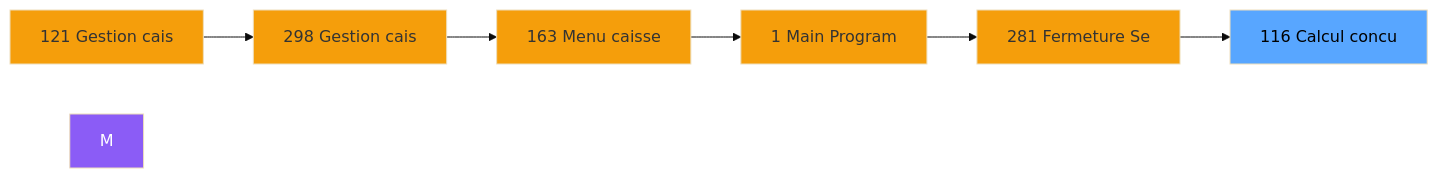
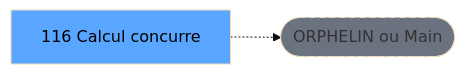
Before and after one commit to thonyAGP/lecteur-magic: the second of 3 diagrams in .openspec/specs/ADH-IDE-116.md, drawn with Mermaid (base theme). The commit also changed other lines of this file and 701 other files, not shown here.

````diff
--- a/.openspec/specs/ADH-IDE-116.md
+++ b/.openspec/specs/ADH-IDE-116.md
@@ -114,21 +117,8 @@
 ```mermaid
 graph LR
-    N121[121 Gestion cais]
-    N298[298 Gestion cais]
-    N163[163 Menu caisse ]
-    N1[1 Main Program]
-    N281[281 Fermeture Se]
-    T[116 Calcul concu]
-    N121 --> N298
-    N298 --> N163
-    N163 --> N1
-    N1 --> N281
-    N281 --> T
-    style M fill:#8b5cf6,color:#fff
-    style N121 fill:#f59e0b
-    style N298 fill:#f59e0b
-    style N163 fill:#f59e0b
-    style N1 fill:#f59e0b
-    style N281 fill:#f59e0b
+    T[116 Calcul concurre]
+    ORPHAN([ORPHELIN ou Main])
+    T -.-> ORPHAN
     style T fill:#58a6ff,color:#000
+    style ORPHAN fill:#6b7280,stroke-dasharray: 5 5
 ```
````
